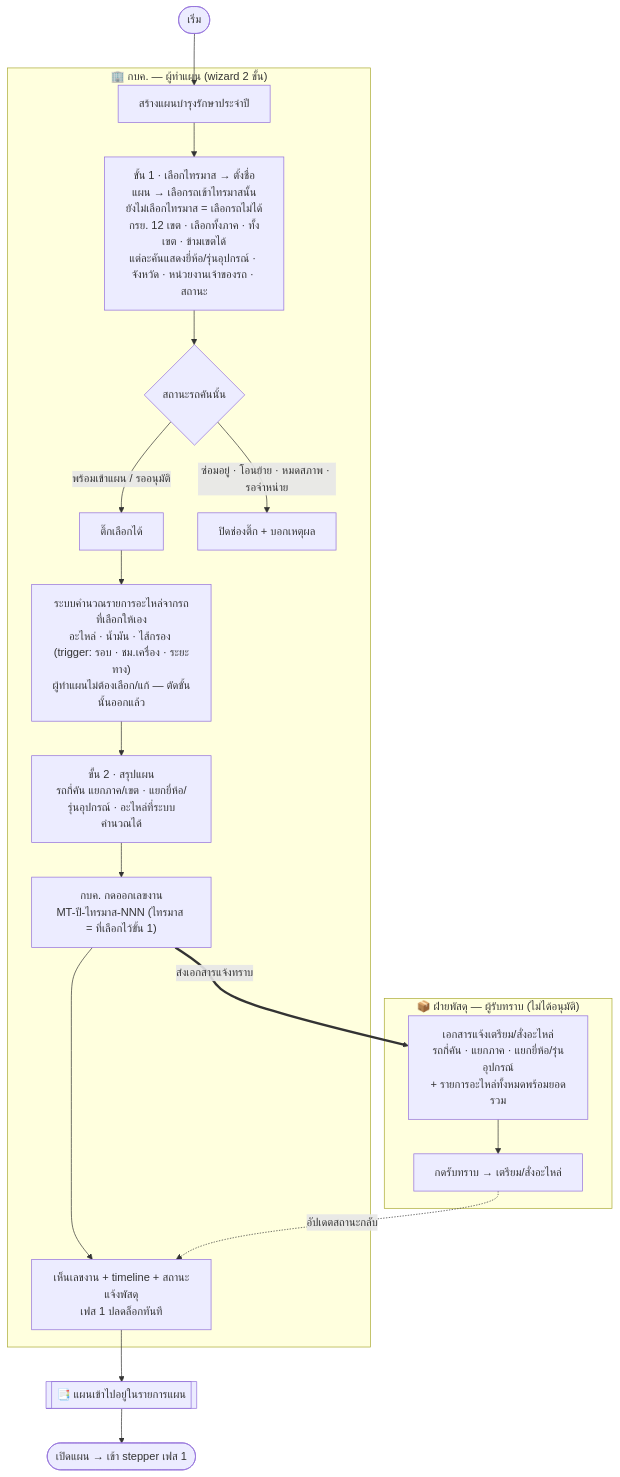
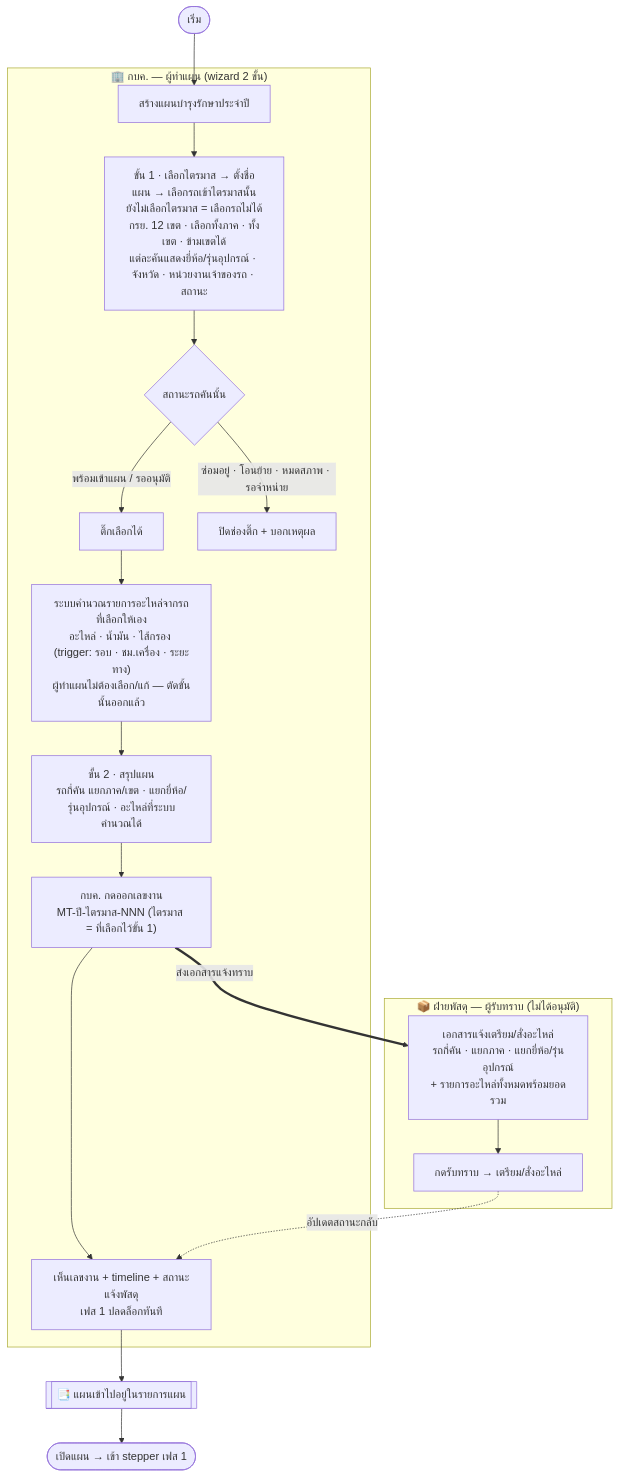
One commit to anugmail/Maintenance-Request-Form changed the diagram in Diagram/01-บำรุงรักษาตามวาระ/01-ออกเลขงาน.md. Above: the diagram before and after it, drawn with Mermaid. The commit also changed other lines of this file and 10 other files, not shown here.

First line of the commit message:
fix: สะกด "ไทรมาส" ผิดทั้งโปรเจกต์ → "ไตรมาส" (74 จุด 11 ไฟล์)

````diff
--- a/Diagram/01-บำรุงรักษาตามวาระ/01-ออกเลขงาน.md
+++ b/Diagram/01-บำรุงรักษาตามวาระ/01-ออกเลขงาน.md
@@ -16,28 +16,28 @@
 ```mermaid
 flowchart TB
     S([เริ่ม])
 
     subgraph KBK["🏢 กบค. — ผู้ทำแผน (wizard 2 ขั้น)"]
         A[สร้างแผนบำรุงรักษาประจำปี]
-        A --> B["ขั้น 1 · เลือกไทรมาส → ตั้งชื่อแผน → เลือกรถเข้าไทรมาสนั้น<br/>ยังไม่เลือกไทรมาส = เลือกรถไม่ได้<br/>กรย. 12 เขต · เลือกทั้งภาค · ทั้งเขต · ข้ามเขตได้<br/>แต่ละคันแสดงยี่ห้อ/รุ่นอุปกรณ์ · จังหวัด · หน่วยงานเจ้าของรถ · สถานะ"]
+        A --> B["ขั้น 1 · เลือกไตรมาส → ตั้งชื่อแผน → เลือกรถเข้าไตรมาสนั้น<br/>ยังไม่เลือกไตรมาส = เลือกรถไม่ได้<br/>กรย. 12 เขต · เลือกทั้งภาค · ทั้งเขต · ข้ามเขตได้<br/>แต่ละคันแสดงยี่ห้อ/รุ่นอุปกรณ์ · จังหวัด · หน่วยงานเจ้าของรถ · สถานะ"]
         B --> B2{"สถานะรถคันนั้น"}
         B2 -->|พร้อมเข้าแผน / รออนุมัติ| B3["ติ๊กเลือกได้"]
         B2 -->|ซ่อมอยู่ · โอนย้าย · หมดสภาพ · รอจำหน่าย| B4["ปิดช่องติ๊ก + บอกเหตุผล"]
         B3 --> C["ระบบคำนวณรายการอะไหล่จากรถที่เลือกให้เอง<br/>อะไหล่ · น้ำมัน · ไส้กรอง (trigger: รอบ · ชม.เครื่อง · ระยะทาง)<br/>ผู้ทำแผนไม่ต้องเลือก/แก้ — ตัดขั้นนั้นออกแล้ว"]
         C --> D["ขั้น 2 · สรุปแผน<br/>รถกี่คัน แยกภาค/เขต · แยกยี่ห้อ/รุ่นอุปกรณ์ · อะไหล่ที่ระบบคำนวณได้"]
-        D --> E["กบค. กดออกเลขงาน<br/>MT-ปี-ไทรมาส-NNN (ไทรมาส = ที่เลือกไว้ขั้น 1)"]
+        D --> E["กบค. กดออกเลขงาน<br/>MT-ปี-ไตรมาส-NNN (ไตรมาส = ที่เลือกไว้ขั้น 1)"]
         E --> J[เห็นเลขงาน + timeline + สถานะแจ้งพัสดุ<br/>เฟส 1 ปลดล็อกทันที]
     end
 
     subgraph PSD["📦 ฝ่ายพัสดุ — ผู้รับทราบ (ไม่ได้อนุมัติ)"]
         F["เอกสารแจ้งเตรียม/สั่งอะไหล่<br/>รถกี่คัน · แยกภาค · แยกยี่ห้อ/รุ่นอุปกรณ์<br/>+ รายการอะไหล่ทั้งหมดพร้อมยอดรวม"]
         G[กดรับทราบ → เตรียม/สั่งอะไหล่]
         F --> G
     end
 
     S --> A
     E ==>|ส่งเอกสารแจ้งทราบ| F
     G -. อัปเดตสถานะกลับ .-> J
     J --> L[["📑 แผนเข้าไปอยู่ในรายการแผน"]]
     L --> Z(["เปิดแผน → เข้า stepper เฟส 1"])
 ```
````
